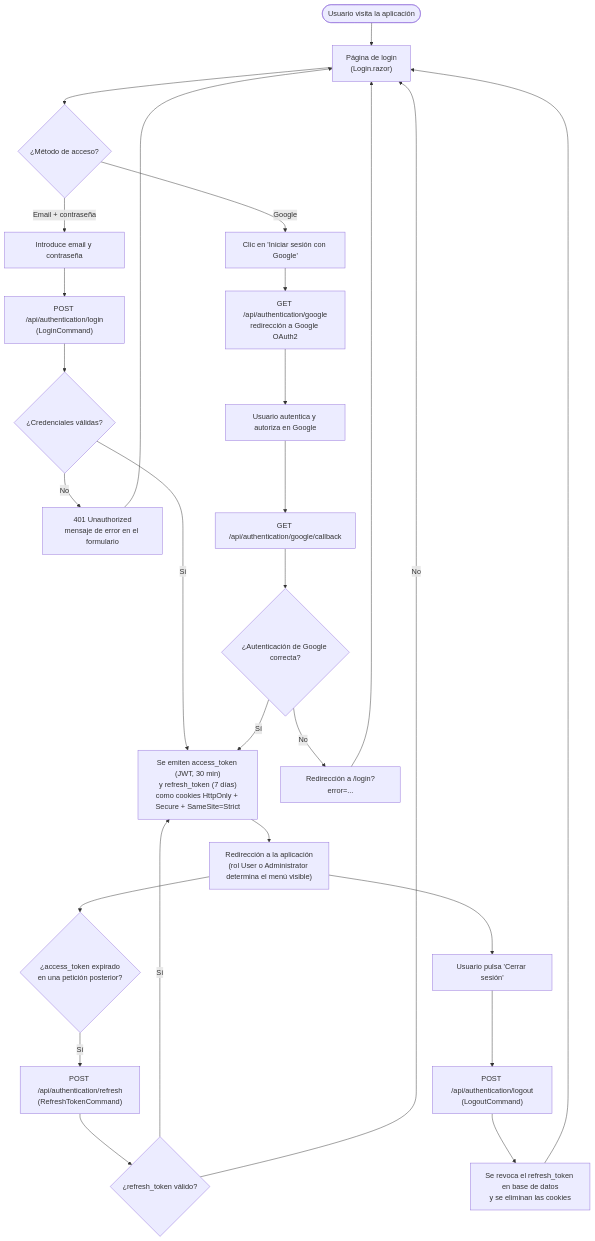
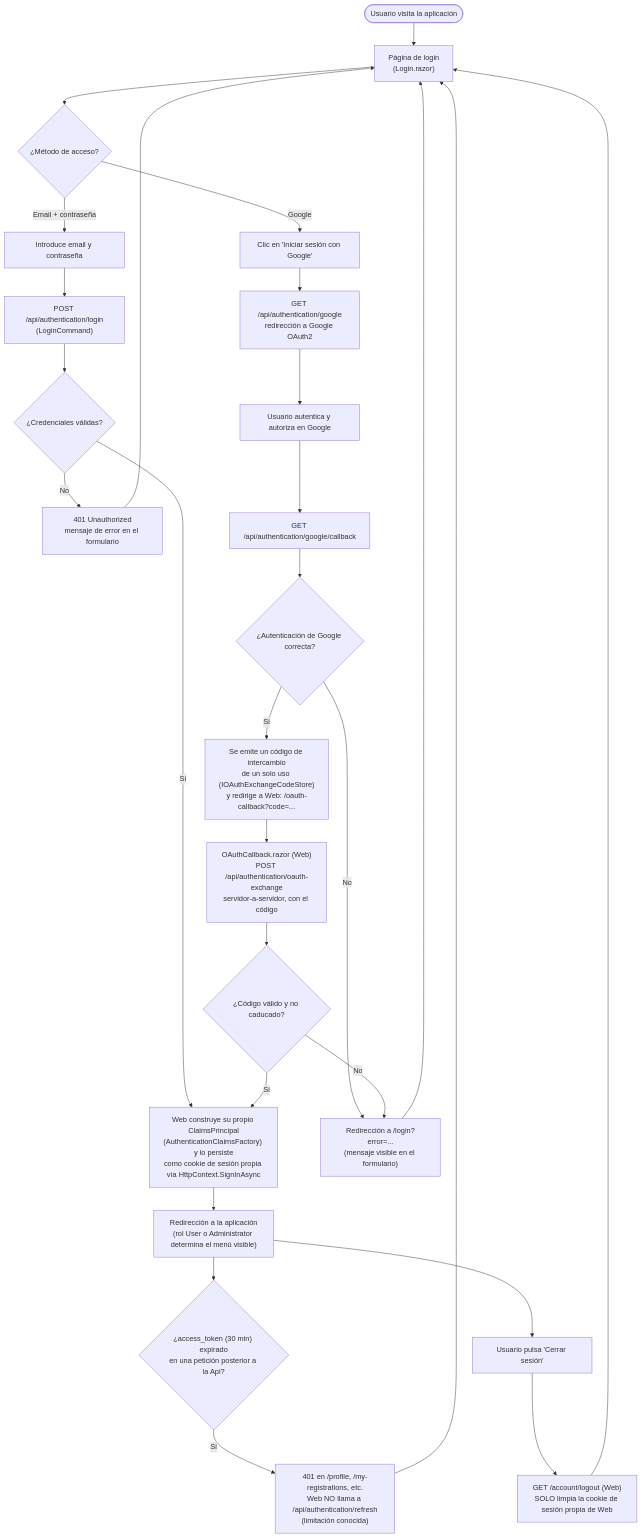
Before and after one commit to AlejBlasco/SportsClubEventManager: the diagram in docs/operations/autenticacion.md, drawn with Mermaid. The commit also changed other lines of this file and 17 other files, not shown here.

Commit message:
fix(auth): resolve Google OAuth2 web/api session desync

````diff
--- a/docs/operations/autenticacion.md
+++ b/docs/operations/autenticacion.md
@@ -7,35 +7,36 @@
 ```mermaid
 flowchart TD
     Start(["Usuario visita la aplicación"]) --> Login["Página de login<br/>(Login.razor)"]
     Login --> Choice{"¿Método de acceso?"}
 
     Choice -->|Email + contraseña| Local["Introduce email y contraseña"]
     Local --> LoginCmd["POST /api/authentication/login<br/>(LoginCommand)"]
     LoginCmd --> LocalCheck{"¿Credenciales válidas?"}
     LocalCheck -->|No| LocalError["401 Unauthorized<br/>mensaje de error en el formulario"]
     LocalError --> Login
     LocalCheck -->|Sí| Cookies
 
     Choice -->|Google| GoogleBtn["Clic en 'Iniciar sesión con Google'"]
     GoogleBtn --> GoogleRedirect["GET /api/authentication/google<br/>redirección a Google OAuth2"]
     GoogleRedirect --> GoogleConsent["Usuario autentica y autoriza en Google"]
     GoogleConsent --> GoogleCallback["GET /api/authentication/google/callback"]
     GoogleCallback --> GoogleCheck{"¿Autenticación de Google correcta?"}
-    GoogleCheck -->|No| GoogleError["Redirección a /login?error=..."]
+    GoogleCheck -->|No| GoogleError["Redirección a /login?error=...<br/>(mensaje visible en el formulario)"]
     GoogleError --> Login
-    GoogleCheck -->|Sí| Cookies
+    GoogleCheck -->|Sí| ExchangeCode["Se emite un código de intercambio<br/>de un solo uso (IOAuthExchangeCodeStore)<br/>y redirige a Web: /oauth-callback?code=..."]
+    ExchangeCode --> OAuthCallbackPage["OAuthCallback.razor (Web)<br/>POST /api/authentication/oauth-exchange<br/>servidor-a-servidor, con el código"]
+    OAuthCallbackPage --> ExchangeCheck{"¿Código válido y no caducado?"}
+    ExchangeCheck -->|No| GoogleError
+    ExchangeCheck -->|Sí| Cookies
 
-    Cookies["Se emiten access_token (JWT, 30 min)<br/>y refresh_token (7 días)<br/>como cookies HttpOnly + Secure + SameSite=Strict"]
+    Cookies["Web construye su propio ClaimsPrincipal<br/>(AuthenticationClaimsFactory) y lo persiste<br/>como cookie de sesión propia vía HttpContext.SignInAsync"]
     Cookies --> Home["Redirección a la aplicación<br/>(rol User o Administrator determina el menú visible)"]
 
-    Home --> Expired{"¿access_token expirado<br/>en una petición posterior?"}
-    Expired -->|Sí| Refresh["POST /api/authentication/refresh<br/>(RefreshTokenCommand)"]
-    Refresh --> RefreshCheck{"¿refresh_token válido?"}
-    RefreshCheck -->|Sí| Cookies
-    RefreshCheck -->|No| Login
+    Home --> Expired{"¿access_token (30 min) expirado<br/>en una petición posterior a la Api?"}
+    Expired -->|Sí| Fail401["401 en /profile, /my-registrations, etc.<br/>Web NO llama a /api/authentication/refresh<br/>(limitación conocida)"]
+    Fail401 --> Login
 
     Home --> LogoutAction["Usuario pulsa 'Cerrar sesión'"]
-    LogoutAction --> LogoutCmd["POST /api/authentication/logout<br/>(LogoutCommand)"]
-    LogoutCmd --> Revoke["Se revoca el refresh_token en base de datos<br/>y se eliminan las cookies"]
-    Revoke --> Login
+    LogoutAction --> WebLogout["GET /account/logout (Web)<br/>SOLO limpia la cookie de sesión propia de Web"]
+    WebLogout --> Login
 ```
````
